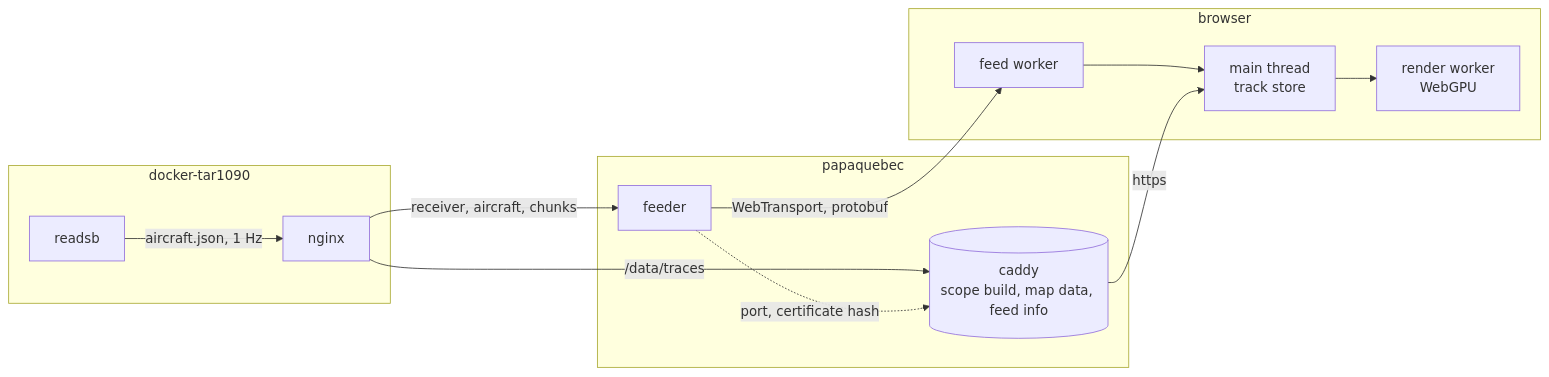
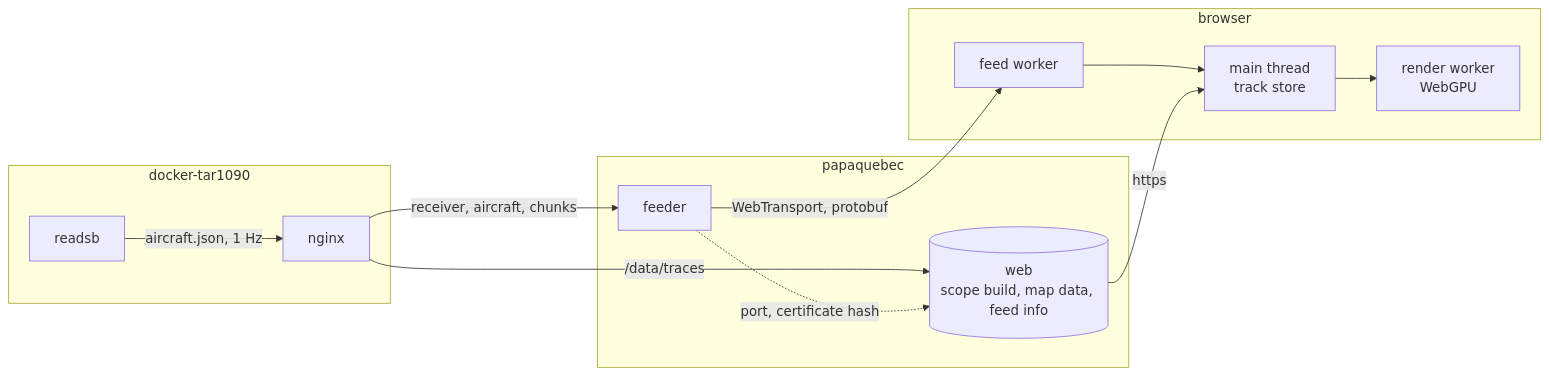
Before and after one commit to yaumu3/papaquebec: the diagram in README.md, drawn with Mermaid. The commit also changed other lines of this file and 27 other files, not shown here.

Commit message:
feat: serve the scope from the Rust server in place of Caddy (#25)

````diff
--- a/README.md
+++ b/README.md
@@ -176,16 +181,16 @@
 ```mermaid
 flowchart LR
     subgraph c["docker-tar1090"]
         readsb -- "aircraft.json, 1 Hz" --> nginx
     end
     subgraph p["papaquebec"]
-        caddy[("caddy<br/>scope build, map data, feed info")]
+        web[("web<br/>scope build, map data, feed info")]
         feeder
     end
     subgraph b["browser"]
         feed[feed worker] --> store[main thread<br/>track store] --> render[render worker<br/>WebGPU]
     end
-    nginx -- "/data/traces" --> caddy -- https --> store
+    nginx -- "/data/traces" --> web -- https --> store
     nginx -- "receiver, aircraft, chunks" --> feeder -- "WebTransport, protobuf" --> feed
-    feeder -. "port, certificate hash" .-> caddy
+    feeder -. "port, certificate hash" .-> web
 ```
````
